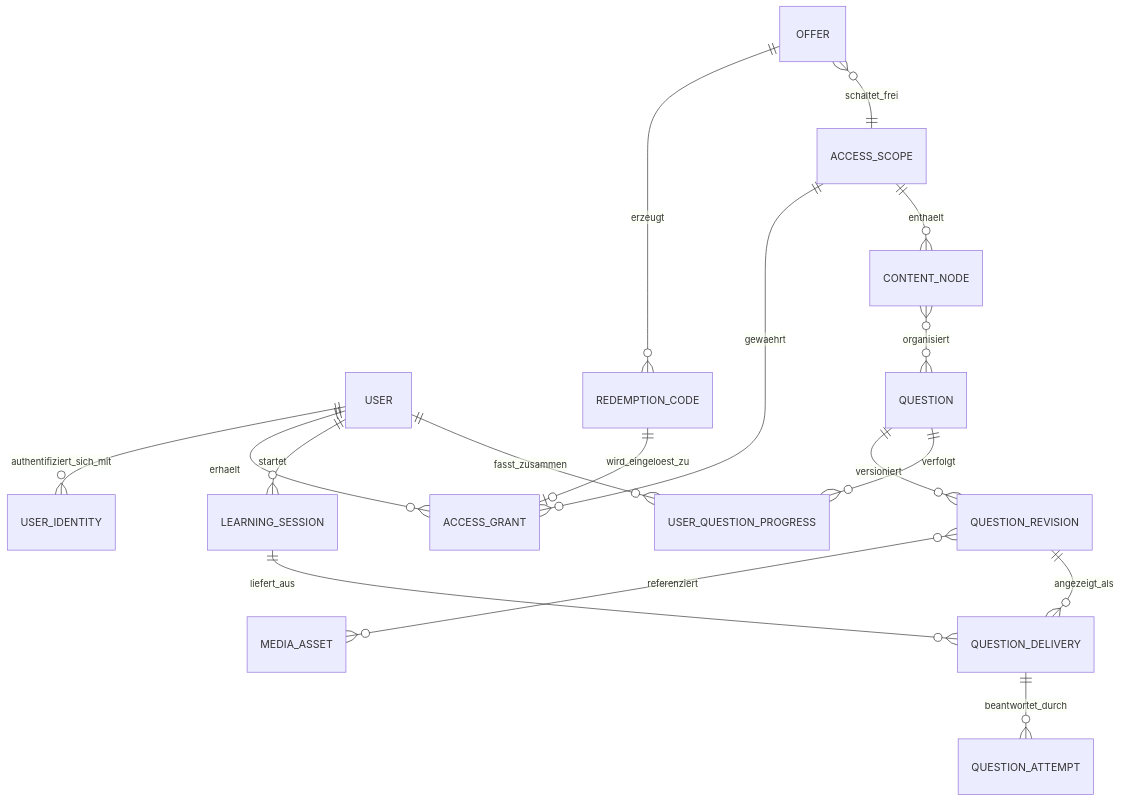
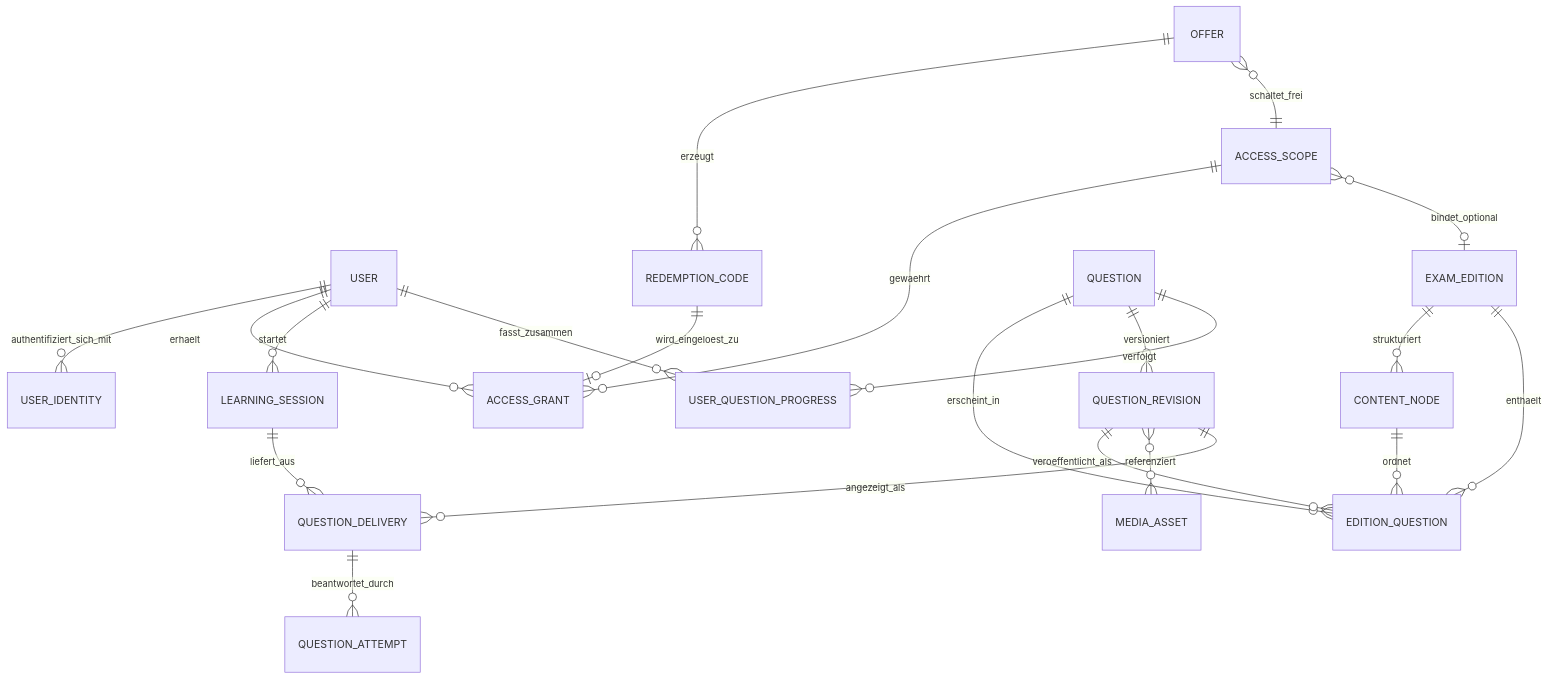
The second of 3 diagrams in docs/architecture.md (FlamurMaliqi/scariev-learning-platform), drawn with Mermaid before and after one commit. The commit also changed other lines of this file and 4 other files, not shown here.

````diff
--- a/docs/architecture.md
+++ b/docs/architecture.md
@@ -75,19 +75,23 @@
 ```mermaid
 erDiagram
     USER ||--o{ USER_IDENTITY : authentifiziert_sich_mit
     USER ||--o{ ACCESS_GRANT : erhaelt
     OFFER ||--o{ REDEMPTION_CODE : erzeugt
     OFFER }o--|| ACCESS_SCOPE : schaltet_frei
     ACCESS_SCOPE ||--o{ ACCESS_GRANT : gewaehrt
     REDEMPTION_CODE ||--o| ACCESS_GRANT : wird_eingeloest_zu
-    ACCESS_SCOPE ||--o{ CONTENT_NODE : enthaelt
-    CONTENT_NODE }o--o{ QUESTION : organisiert
+    ACCESS_SCOPE }o--o| EXAM_EDITION : bindet_optional
+    EXAM_EDITION ||--o{ CONTENT_NODE : strukturiert
+    EXAM_EDITION ||--o{ EDITION_QUESTION : enthaelt
+    CONTENT_NODE ||--o{ EDITION_QUESTION : ordnet
+    QUESTION ||--o{ EDITION_QUESTION : erscheint_in
     QUESTION ||--o{ QUESTION_REVISION : versioniert
+    QUESTION_REVISION ||--o{ EDITION_QUESTION : veroeffentlicht_als
     QUESTION_REVISION }o--o{ MEDIA_ASSET : referenziert
     USER ||--o{ LEARNING_SESSION : startet
     LEARNING_SESSION ||--o{ QUESTION_DELIVERY : liefert_aus
     QUESTION_REVISION ||--o{ QUESTION_DELIVERY : angezeigt_als
     QUESTION_DELIVERY ||--o{ QUESTION_ATTEMPT : beantwortet_durch
     USER ||--o{ USER_QUESTION_PROGRESS : fasst_zusammen
     QUESTION ||--o{ USER_QUESTION_PROGRESS : verfolgt
 ```
````
